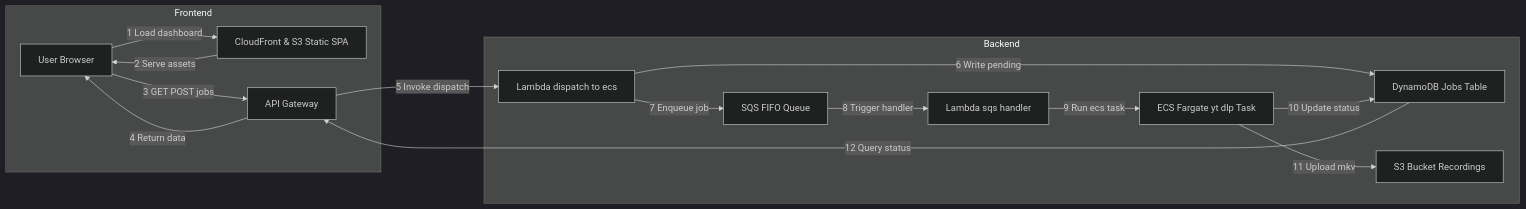
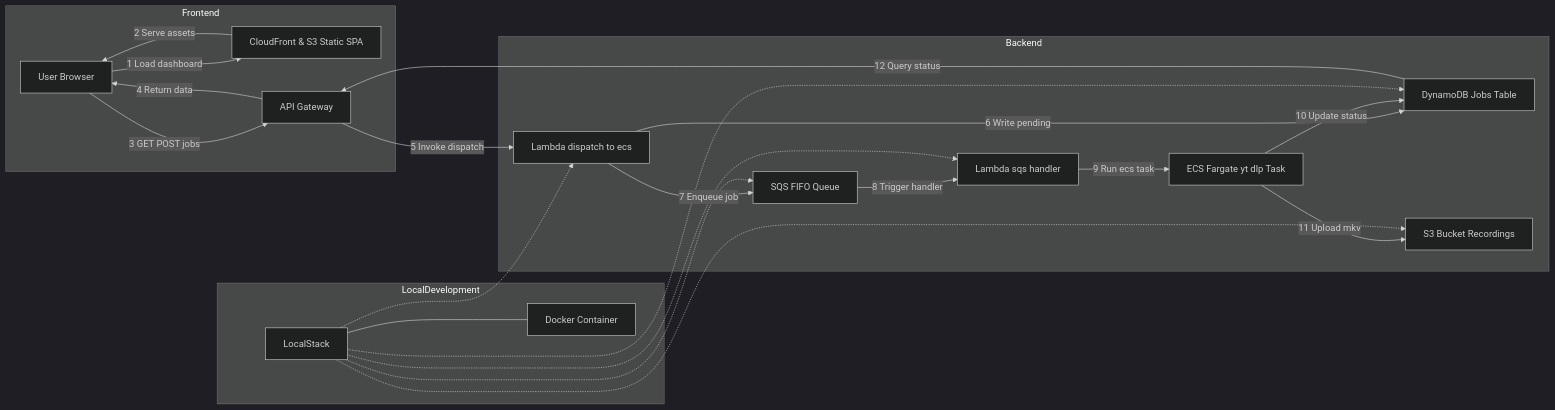
The diagram in README.md (poiley/chronicle), drawn with Mermaid (dark theme) before and after one commit. The commit also changed other lines of this file and 1 other file, not shown here.

````diff
--- a/README.md
+++ b/README.md
@@ -15,33 +49,45 @@
 ```mermaid
 flowchart LR
   subgraph Frontend
     U[User Browser]
     CF[CloudFront & S3 Static SPA]
     API[API Gateway]
   end
 
   subgraph Backend
     L1[Lambda dispatch to ecs]
     DB[DynamoDB Jobs Table]
     Q[SQS FIFO Queue]
     L2[Lambda sqs handler]
     ECS[ECS Fargate yt dlp Task]
     S3[S3 Bucket Recordings]
   end
 
+  subgraph LocalDevelopment
+    LS[LocalStack]
+    DC[Docker Container]
+  end
+
   U -->|1 Load dashboard| CF
   CF -->|2 Serve assets| U
   U -->|3 GET POST jobs| API
   API -->|4 Return data| U
 
   API -->|5 Invoke dispatch| L1
   L1 -->|6 Write pending| DB
   L1 -->|7 Enqueue job| Q
 
   Q -->|8 Trigger handler| L2
   L2 -->|9 Run ecs task| ECS
   ECS -->|10 Update status| DB
   ECS -->|11 Upload mkv| S3
 
   DB -->|12 Query status| API
+  
+  LS --- DC
+  LS -.-> DB
+  LS -.-> Q
+  LS -.-> S3
+  LS -.-> L1
+  LS -.-> L2
 ```
````
